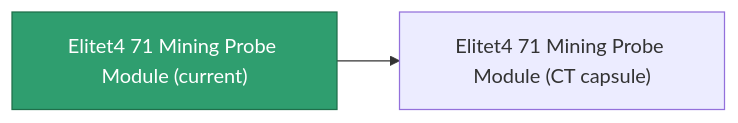
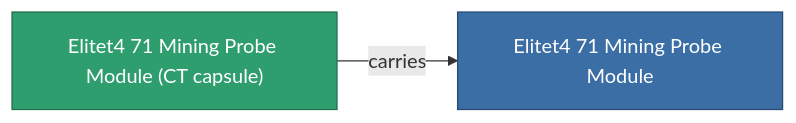
One commit to OpenPerpetuum/Wiki changed the diagram in content/content/items/elitet4_71_mining_probe_module.md. Above: the diagram before and after it, drawn with Mermaid. The commit also changed other lines of this file and 2015 other files, not shown here.

````diff
--- a/content/content/items/elitet4_71_mining_probe_module.md
+++ b/content/content/items/elitet4_71_mining_probe_module.md
@@ -36,8 +36,9 @@
 ```mermaid
 graph LR
-    a["Elitet4 71 Mining Probe Module (current)"]:::current
-    b["Elitet4 71 Mining Probe Module (CT capsule)"]
-    a --> b
-    click b "/content/items/elitet4-71-mining-probe-module-ct-capsule/" "Elitet4 71 Mining Probe Module (CT capsule)"
+    a["Elitet4 71 Mining Probe Module (CT capsule)"]:::current
+    b["Elitet4 71 Mining Probe Module"]:::finished
+    a -->|carries| b
+                click b "/content/items/elitet4-71-mining-probe-module/" "Elitet4 71 Mining Probe Module"
     classDef current fill:#2f9e6f,stroke:#1f6f4a,color:#ffffff
+    classDef finished fill:#3b6ea5,stroke:#274a75,color:#ffffff
 ```
````
